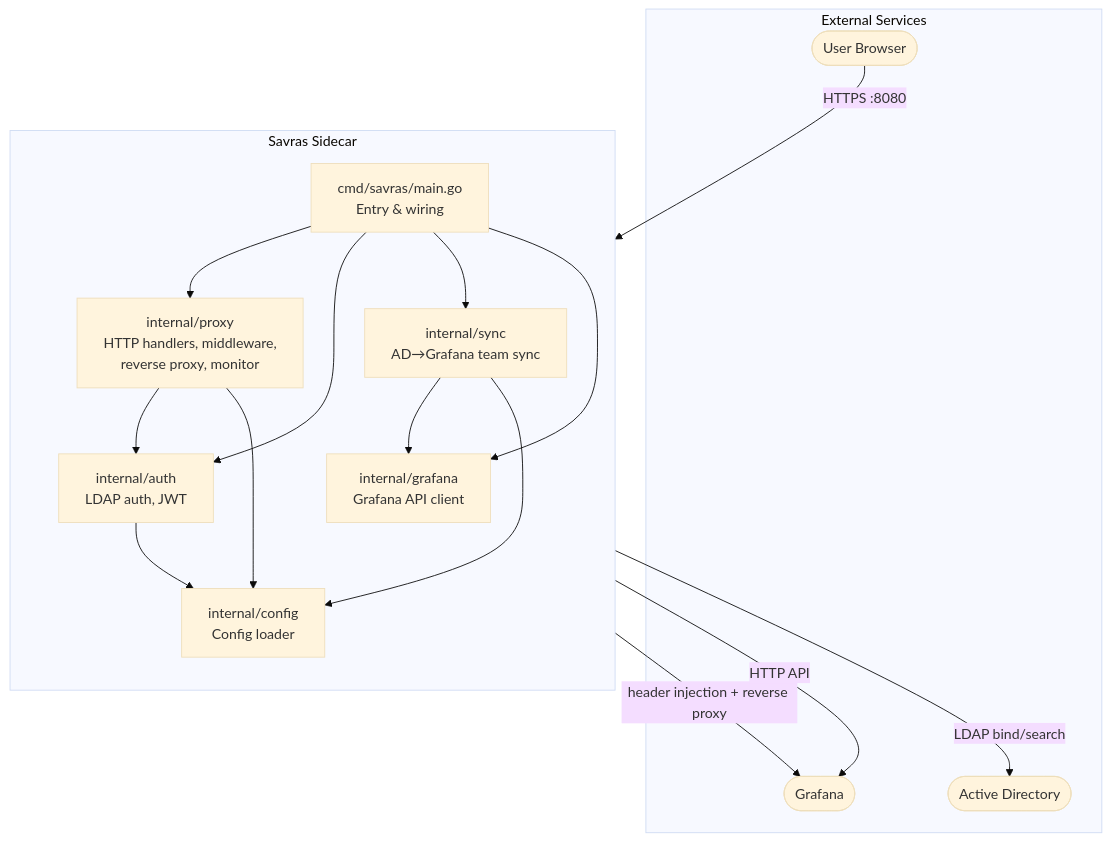
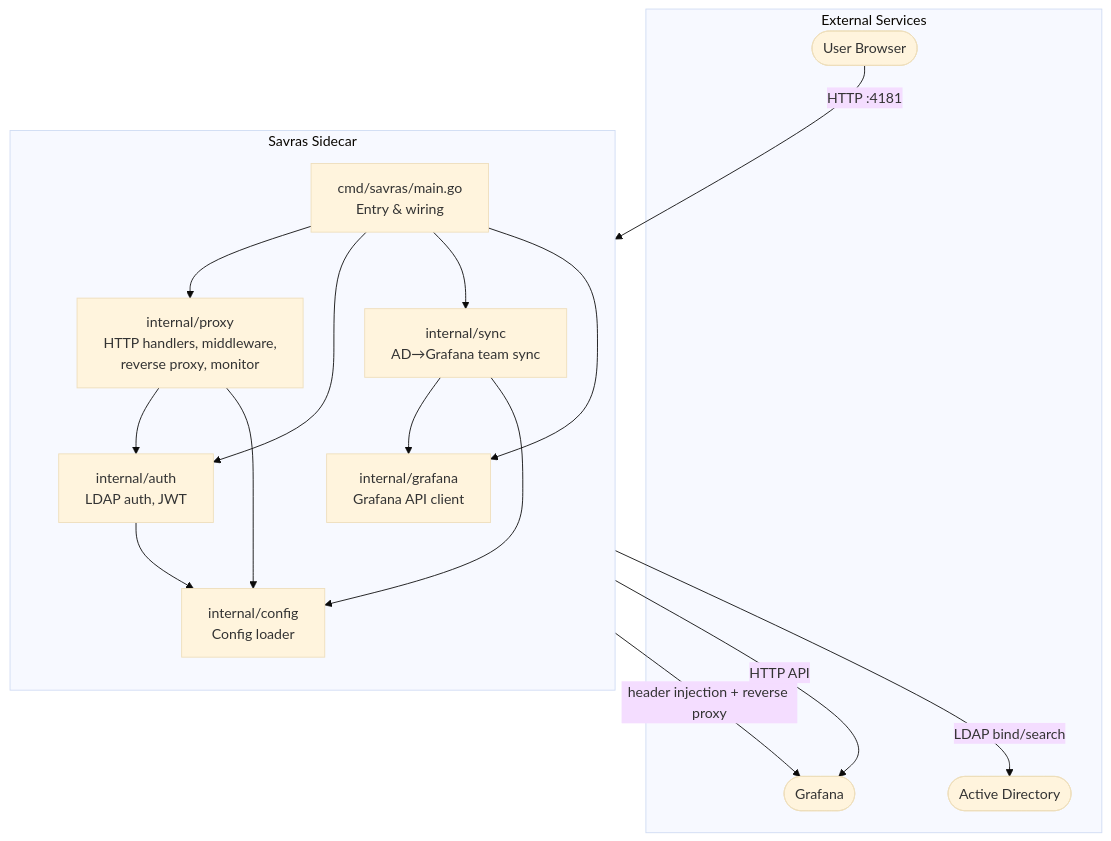
Before and after one commit to magichuihui/savras: the first of 2 diagrams in README.md, drawn with Mermaid (base theme). The commit also changed other lines of this file and 12 other files, not shown here.

````diff
--- a/README.md
+++ b/README.md
@@ -10,30 +10,30 @@
 ```mermaid
 graph TB
     subgraph "External Services"
         USER([User Browser])
         GRAFANA([Grafana])
         LDAP([Active Directory])
     end
 
     subgraph "Savras Sidecar"
         direction TB
         MAIN[cmd/savras/main.go<br/>Entry & wiring]
         PROXY[internal/proxy<br/>HTTP handlers, middleware,<br/>reverse proxy, monitor]
         AUTH[internal/auth<br/>LDAP auth, JWT]
         SYNC[internal/sync<br/>AD→Grafana team sync]
         GCLIENT[internal/grafana<br/>Grafana API client]
         CONFIG[internal/config<br/>Config loader]
 
         MAIN --> PROXY & AUTH & SYNC & GCLIENT
         PROXY --> AUTH
         PROXY --> CONFIG
         SYNC --> GCLIENT
         SYNC --> CONFIG
         AUTH --> CONFIG
     end
 
-    USER -- HTTPS :8080 --> PROXY
+    USER -- HTTP :4181 --> PROXY
     PROXY -- header injection + reverse proxy --> GRAFANA
     AUTH -- LDAP bind/search --> LDAP
     SYNC -- HTTP API --> GRAFANA
 ```
````
